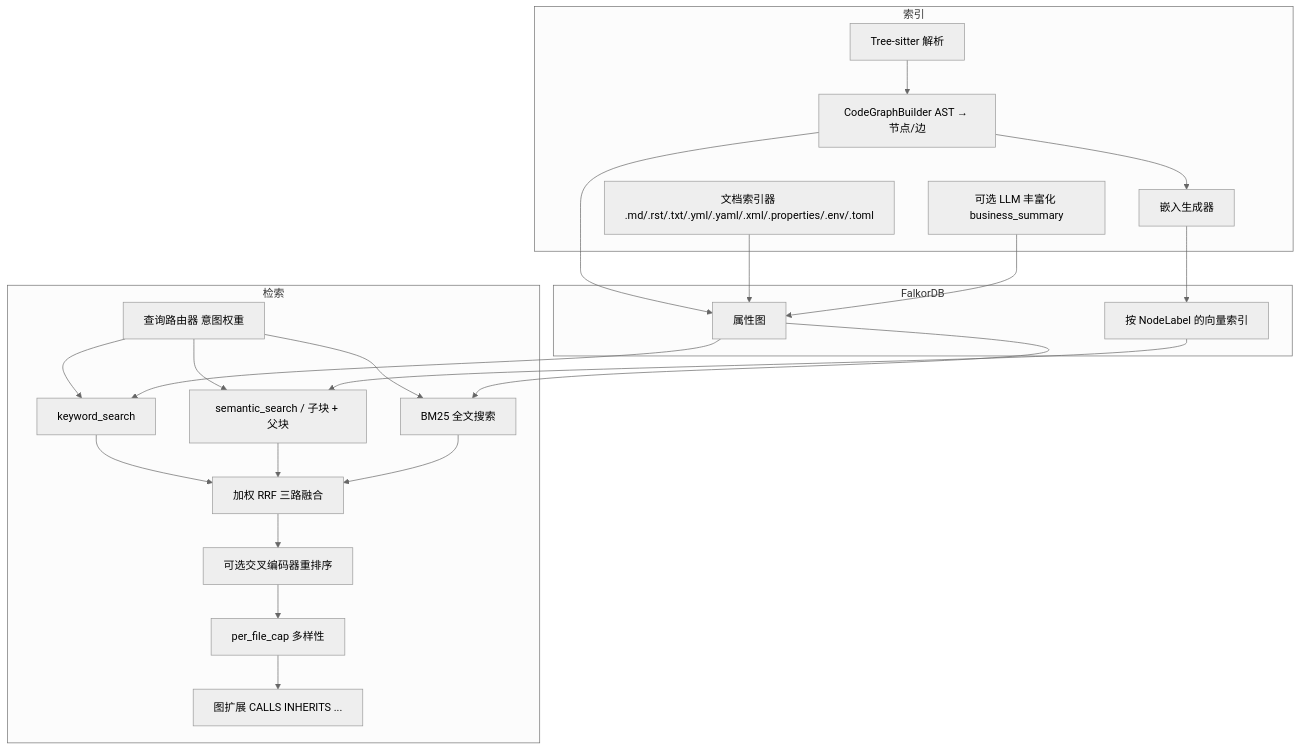
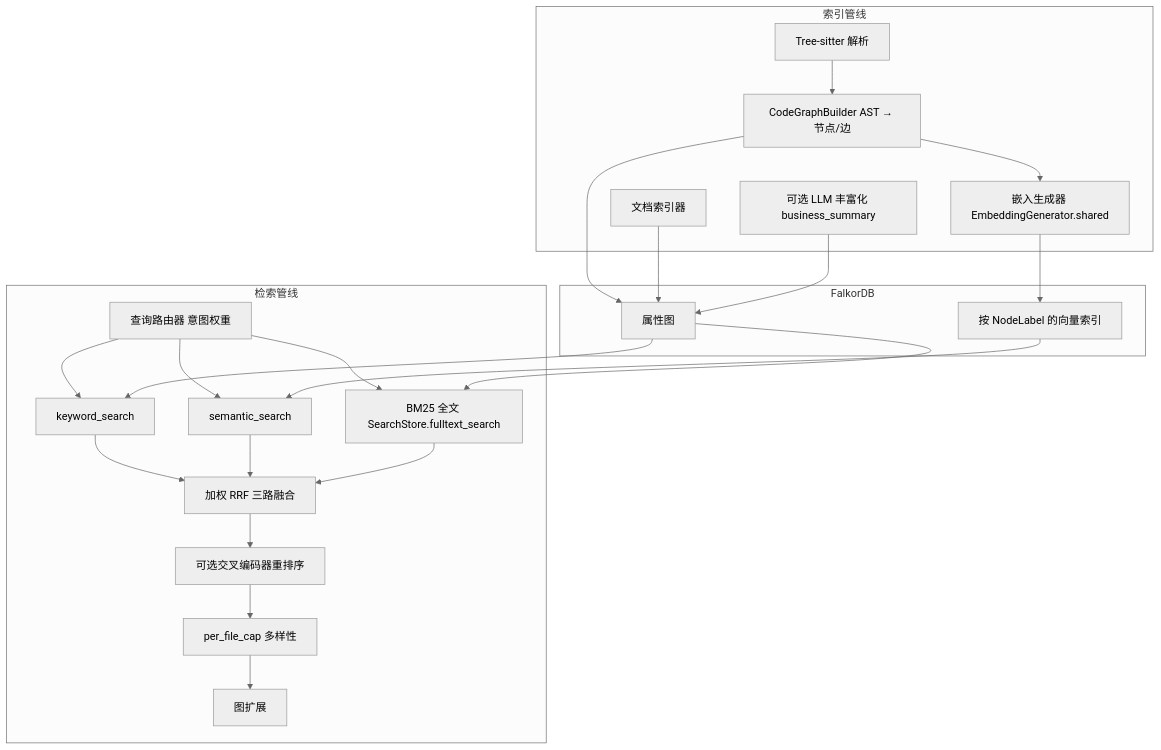
One commit to EarthChen/knowledge-base-service changed the first of 3 diagrams in docs/ARCHITECTURE.md. Above: the diagram before and after it, drawn with Mermaid (neutral theme). The commit also changed other lines of this file and 12 other files, not shown here.

````diff
--- a/docs/ARCHITECTURE.md
+++ b/docs/ARCHITECTURE.md
@@ -5,41 +11,41 @@
 ```mermaid
 flowchart TB
-  subgraph ingest [索引]
+  subgraph ingest [索引管线]
     TS[Tree-sitter 解析]
     CGB[CodeGraphBuilder AST → 节点/边]
-    DOC[文档索引器 .md/.rst/.txt/.yml/.yaml/.xml/.properties/.env/.toml]
-    EMB[嵌入生成器]
+    DOC[文档索引器]
+    EMB[嵌入生成器 EmbeddingGenerator.shared]
     ENR[可选 LLM 丰富化 business_summary]
   end
 
   subgraph store [FalkorDB]
     G[属性图]
     V[按 NodeLabel 的向量索引]
   end
 
-  subgraph retrieve [检索]
+  subgraph retrieve [检索管线]
     QR[查询路由器 意图权重]
     KW[keyword_search]
-    SEM[semantic_search / 子块 + 父块]
-    BM25[BM25 全文搜索]
+    SEM[semantic_search]
+    BM25[BM25 全文 SearchStore.fulltext_search]
     RRF[加权 RRF 三路融合]
     RR[可选交叉编码器重排序]
     CAP[per_file_cap 多样性]
-    EXP[图扩展 CALLS INHERITS ...]
+    EXP[图扩展]
   end
 
   TS --> CGB --> G
   DOC --> G
   CGB --> EMB --> V
   ENR --> G
   KW --> RRF
   SEM --> RRF
   BM25 --> RRF
   QR --> KW
   QR --> SEM
   QR --> BM25
   RRF --> RR --> CAP --> EXP
   G --> KW
   V --> SEM
   G --> BM25
 ```
````
